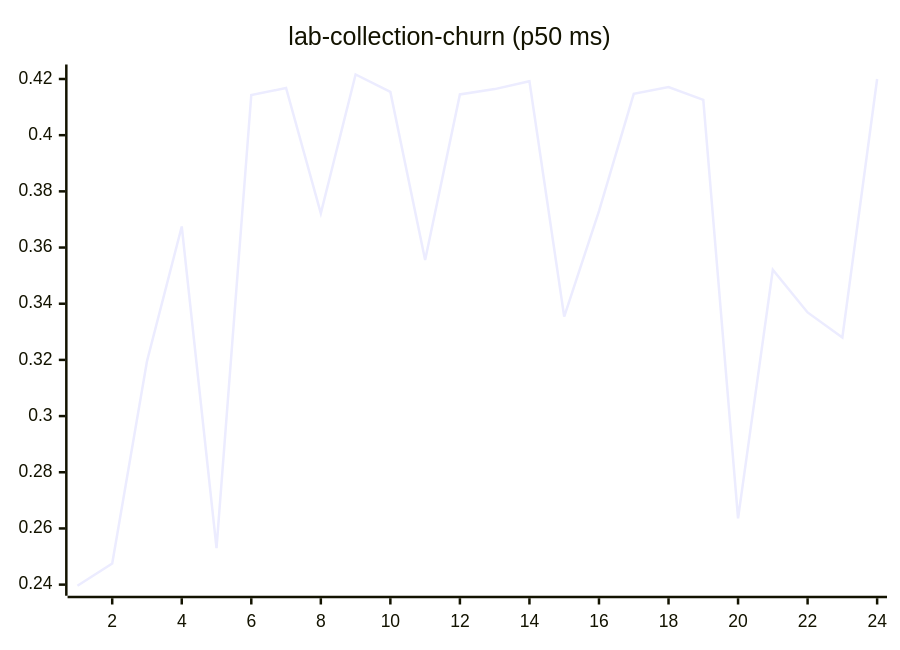
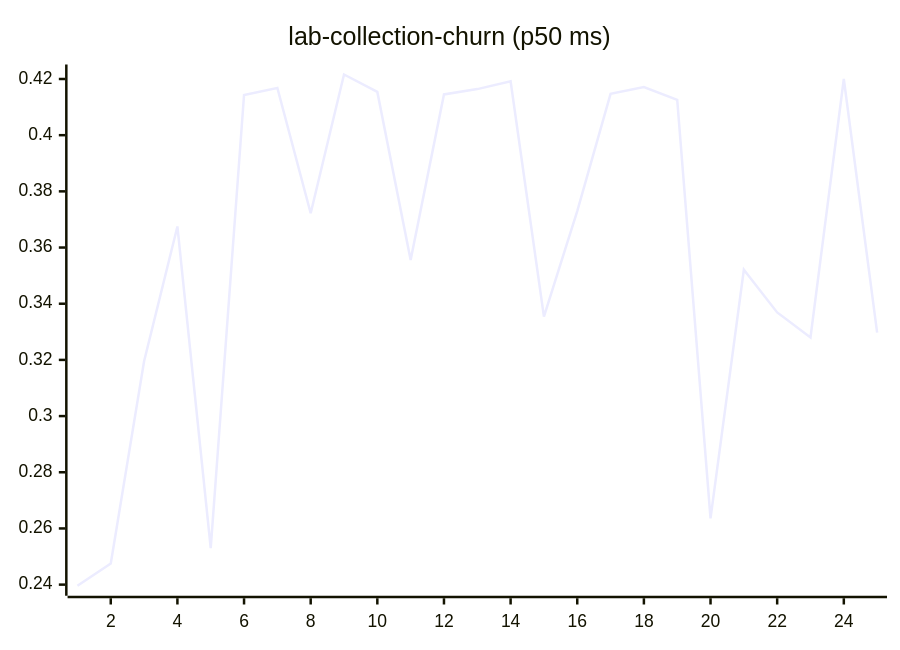
Before and after one commit to josha/Facet: diagram 11 of 27 in README.md, drawn with Mermaid. The commit also changed other lines of this file and 2 other files, not shown here.

````diff
--- a/README.md
+++ b/README.md
@@ -133,6 +133,6 @@
 ```mermaid
 xychart-beta
     title "lab-collection-churn (p50 ms)"
-    x-axis 1 --> 24
-    line [0.2396, 0.2475, 0.3195, 0.3675, 0.2530, 0.4143, 0.4168, 0.3722, 0.4216, 0.4154, 0.3556, 0.4145, 0.4164, 0.4192, 0.3354, 0.3730, 0.4147, 0.4171, 0.4126, 0.2636, 0.3521, 0.3369, 0.3280, 0.4200]
+    x-axis 1 --> 25
+    line [0.2396, 0.2475, 0.3195, 0.3675, 0.2530, 0.4143, 0.4168, 0.3722, 0.4216, 0.4154, 0.3556, 0.4145, 0.4164, 0.4192, 0.3354, 0.3730, 0.4147, 0.4171, 0.4126, 0.2636, 0.3521, 0.3369, 0.3280, 0.4200, 0.3297]
 ```
````
